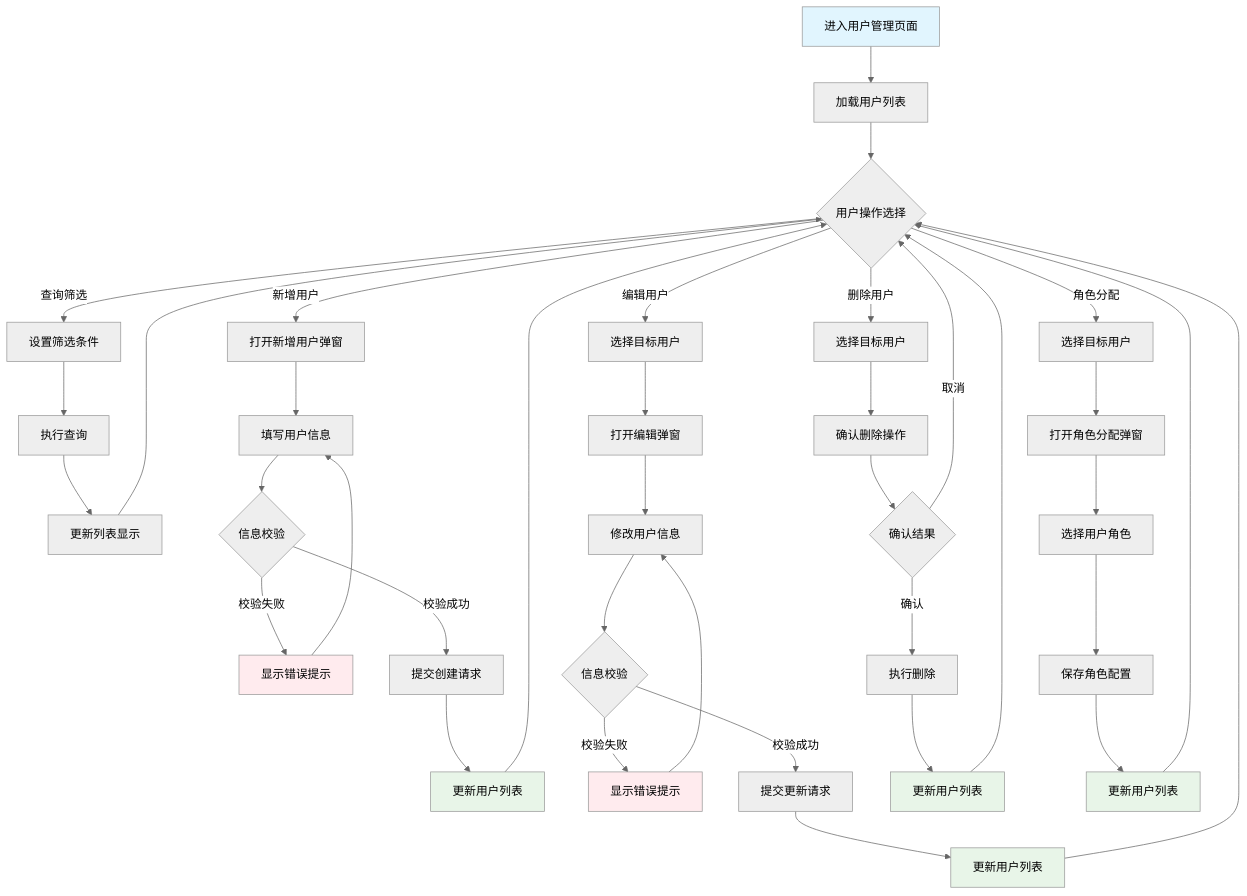
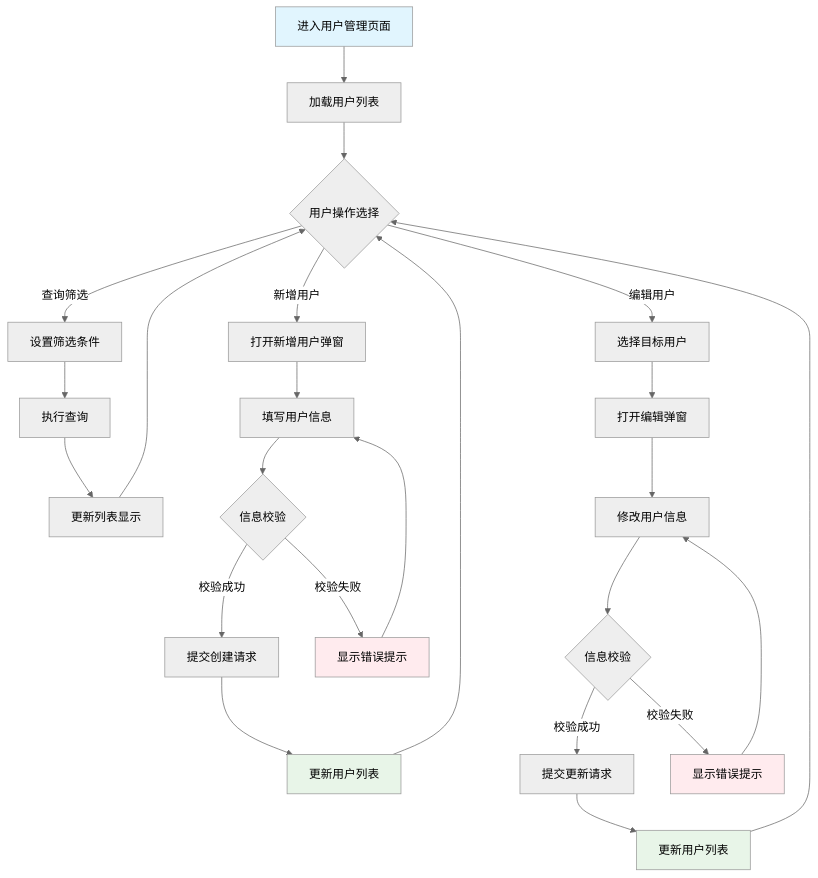
One commit to tiantianmanmanzou/0_ProductDesignKit changed the second of 2 diagrams in 1_ProductDesign产品设计规范.md. Above: the diagram before and after it, drawn with Mermaid (neutral theme). The commit also changed other lines of this file and 17 other files, not shown here.

````diff
--- a/1_ProductDesign产品设计规范.md
+++ b/1_ProductDesign产品设计规范.md
@@ -957,50 +423,19 @@
 ```mermaid
 graph TD
     A[进入用户管理页面] --> B[加载用户列表]
     B --> C{用户操作选择}
   
-    C -->|查询筛选| D[设置筛选条件]
-    D --> E[执行查询]
-    E --> F[更新列表显示]
-    F --> C
-  
-    C -->|新增用户| G[打开新增用户弹窗]
-    G --> H[填写用户信息]
-    H --> I{信息校验}
+    C -->|查询筛选| D[设置筛选条件] --> E[执行查询] --> F[更新列表显示] --> C
+    C -->|新增用户| G[打开新增用户弹窗] --> H[填写用户信息] --> I{信息校验}
+    I -->|校验成功| K[提交创建请求] --> L[更新用户列表] --> C
     I -->|校验失败| J[显示错误提示] --> H
-    I -->|校验成功| K[提交创建请求]
-    K --> L[更新用户列表]
-    L --> C
-  
-    C -->|编辑用户| M[选择目标用户]
-    M --> N[打开编辑弹窗]
-    N --> O[修改用户信息]
-    O --> P{信息校验}
+    C -->|编辑用户| M[选择目标用户] --> N[打开编辑弹窗] --> O[修改用户信息] --> P{信息校验}
+    P -->|校验成功| R[提交更新请求] --> S[更新用户列表] --> C
     P -->|校验失败| Q[显示错误提示] --> O
-    P -->|校验成功| R[提交更新请求]
-    R --> S[更新用户列表]
-    S --> C
-  
-    C -->|删除用户| T[选择目标用户]
-    T --> U[确认删除操作]
-    U --> V{确认结果}
-    V -->|取消| C
-    V -->|确认| W[执行删除]
-    W --> X[更新用户列表]
-    X --> C
-  
-    C -->|角色分配| Y[选择目标用户]
-    Y --> Z[打开角色分配弹窗]
-    Z --> AA[选择用户角色]
-    AA --> BB[保存角色配置]
-    BB --> CC[更新用户列表]
-    CC --> C
 
     style A fill:#e1f5fe
     style L fill:#e8f5e8
     style S fill:#e8f5e8
-    style X fill:#e8f5e8
-    style CC fill:#e8f5e8
     style J fill:#ffebee
     style Q fill:#ffebee
 ```
````
